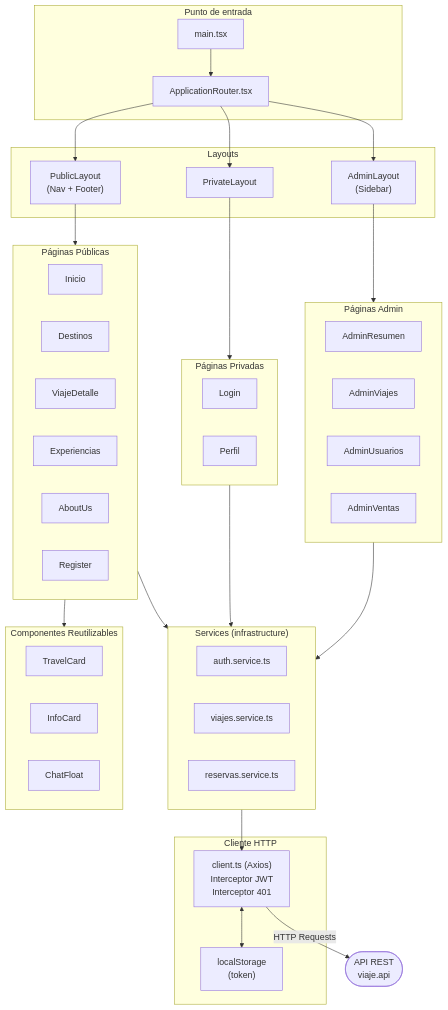
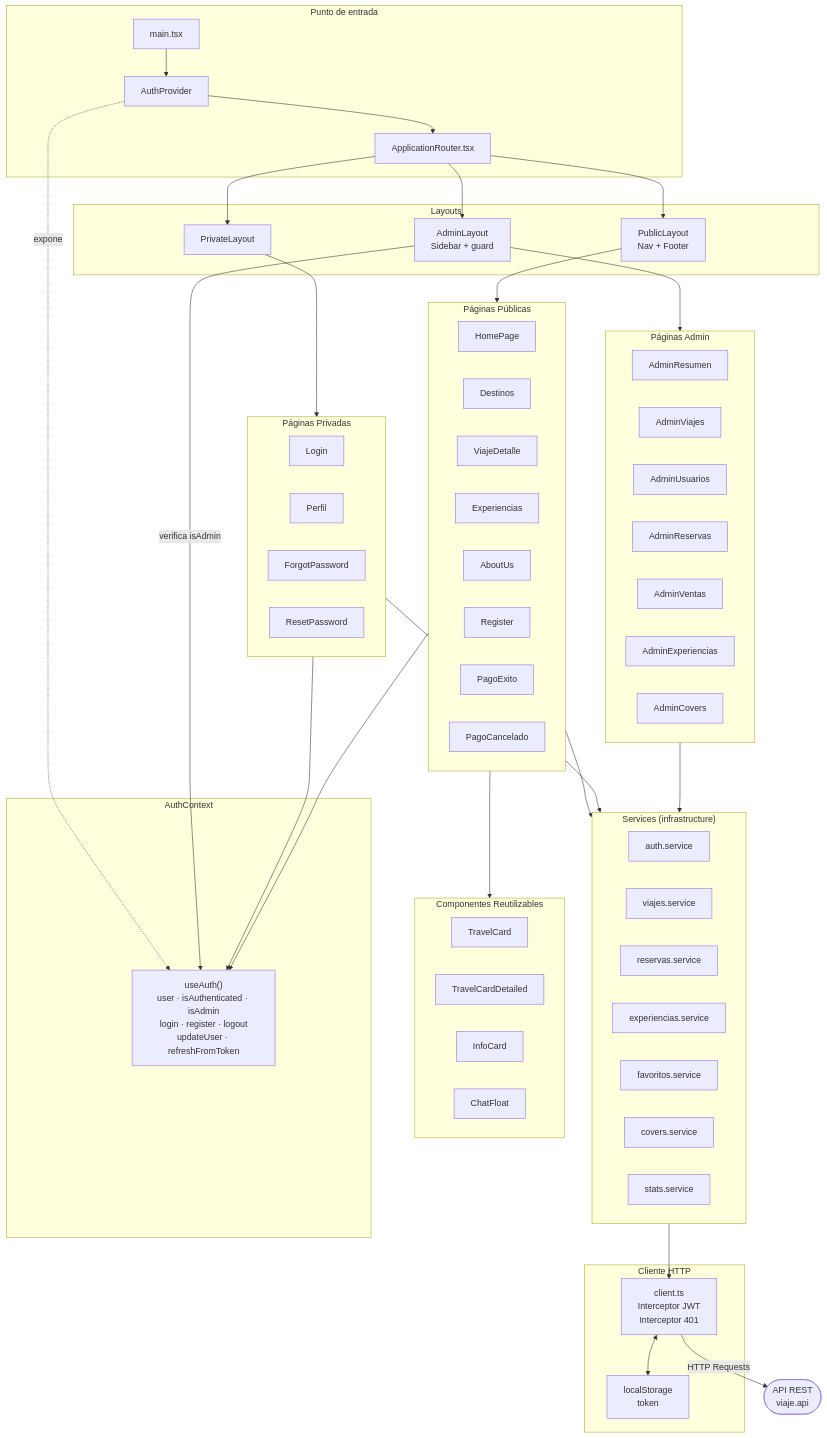
Before and after one commit to JorggeHM/TuViaje: the third of 14 diagrams in DIAGRAMAS.md, drawn with Mermaid. The commit also changed other lines of this file and 15 other files, not shown here.

````diff
--- a/DIAGRAMAS.md
+++ b/DIAGRAMAS.md
@@ -140,55 +201,74 @@
 ```mermaid
 graph TB
-    subgraph ENTRY["Punto de entrada"]
+    subgraph ENTRY_FE["Punto de entrada"]
         MAIN["main.tsx"]
+        AUTH_PROV["AuthProvider"]
         ROUTER_APP["ApplicationRouter.tsx"]
     end
 
+    subgraph AUTH_CTX["AuthContext"]
+        USE_AUTH["useAuth()<br/>user · isAuthenticated · isAdmin<br/>login · register · logout<br/>updateUser · refreshFromToken"]
+    end
+
     subgraph LAYOUTS["Layouts"]
-        PUB_LAYOUT["PublicLayout<br/>(Nav + Footer)"]
+        PUB_LAYOUT["PublicLayout<br/>Nav + Footer"]
         PRIV_LAYOUT["PrivateLayout"]
-        ADMIN_LAYOUT["AdminLayout<br/>(Sidebar)"]
+        ADMIN_LAYOUT["AdminLayout<br/>Sidebar + guard"]
     end
 
     subgraph PUBLIC_PAGES["Páginas Públicas"]
-        INICIO["Inicio"]
+        HOME["HomePage"]
         DESTINOS["Destinos"]
         DETALLE["ViajeDetalle"]
         EXP["Experiencias"]
         ABOUT["AboutUs"]
         REGISTER["Register"]
+        PAGO_OK["PagoExito"]
+        PAGO_KO["PagoCancelado"]
     end
 
     subgraph PRIVATE_PAGES["Páginas Privadas"]
         LOGIN["Login"]
         PERFIL["Perfil"]
+        FORGOT["ForgotPassword"]
+        RESET["ResetPassword"]
     end
 
     subgraph ADMIN_PAGES["Páginas Admin"]
         A_RESUMEN["AdminResumen"]
         A_VIAJES["AdminViajes"]
         A_USUARIOS["AdminUsuarios"]
+        A_RESERVAS["AdminReservas"]
         A_VENTAS["AdminVentas"]
+        A_EXP["AdminExperiencias"]
+        A_COVERS["AdminCovers"]
     end
 
     subgraph COMPONENTS["Componentes Reutilizables"]
         TRAVEL_CARD["TravelCard"]
+        TRAVEL_DETAILED["TravelCardDetailed"]
         INFO_CARD["InfoCard"]
         CHAT_FLOAT["ChatFloat"]
     end
 
     subgraph SERVICES["Services (infrastructure)"]
-        AUTH_SVC["auth.service.ts"]
-        VIAJES_SVC["viajes.service.ts"]
-        RESERVAS_SVC["reservas.service.ts"]
+        AUTH_SVC["auth.service"]
+        VIAJES_SVC["viajes.service"]
+        RESERVAS_SVC["reservas.service"]
+        EXP_SVC["experiencias.service"]
+        FAV_SVC["favoritos.service"]
+        COVERS_SVC["covers.service"]
+        STATS_SVC["stats.service"]
     end
 
     subgraph HTTP["Cliente HTTP"]
-        AXIOS["client.ts (Axios)<br/>Interceptor JWT<br/>Interceptor 401"]
-        LS["localStorage<br/>(token)"]
+        AXIOS["client.ts<br/>Interceptor JWT<br/>Interceptor 401"]
+        LS["localStorage<br/>token"]
     end
 
-    MAIN --> ROUTER_APP
+    MAIN --> AUTH_PROV
+    AUTH_PROV --> ROUTER_APP
+    AUTH_PROV -.expone.-> USE_AUTH
     ROUTER_APP --> PUB_LAYOUT
     ROUTER_APP --> PRIV_LAYOUT
     ROUTER_APP --> ADMIN_LAYOUT
@@ -196,11 +276,14 @@
     PUB_LAYOUT --> PUBLIC_PAGES
     PRIV_LAYOUT --> PRIVATE_PAGES
     ADMIN_LAYOUT --> ADMIN_PAGES
+    ADMIN_LAYOUT -- "verifica isAdmin" --> USE_AUTH
 
     PUBLIC_PAGES --> COMPONENTS
     PUBLIC_PAGES --> SERVICES
     PRIVATE_PAGES --> SERVICES
     ADMIN_PAGES --> SERVICES
+    PRIVATE_PAGES --> USE_AUTH
+    PUBLIC_PAGES --> USE_AUTH
 
     SERVICES --> AXIOS
     AXIOS <--> LS
````
